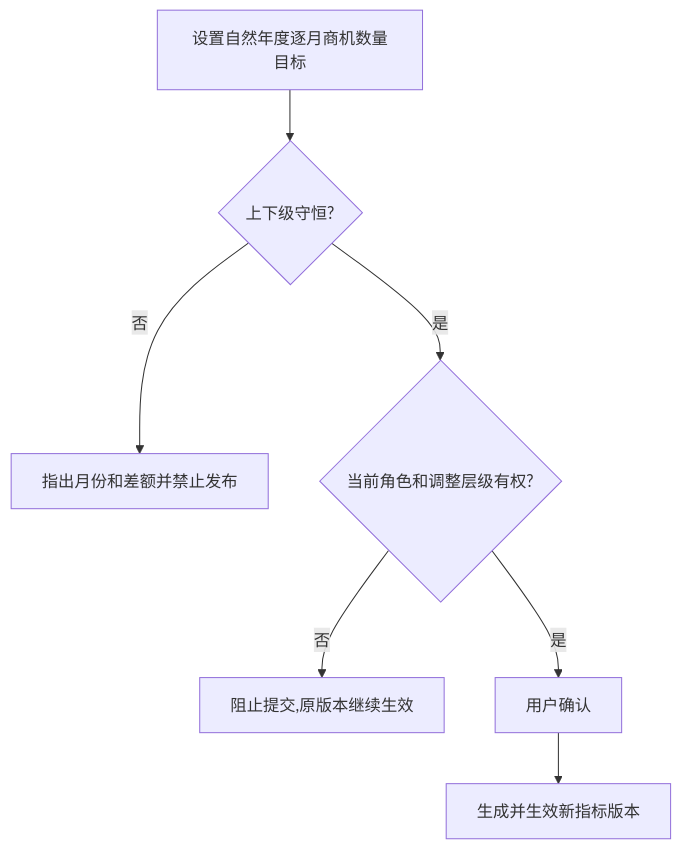
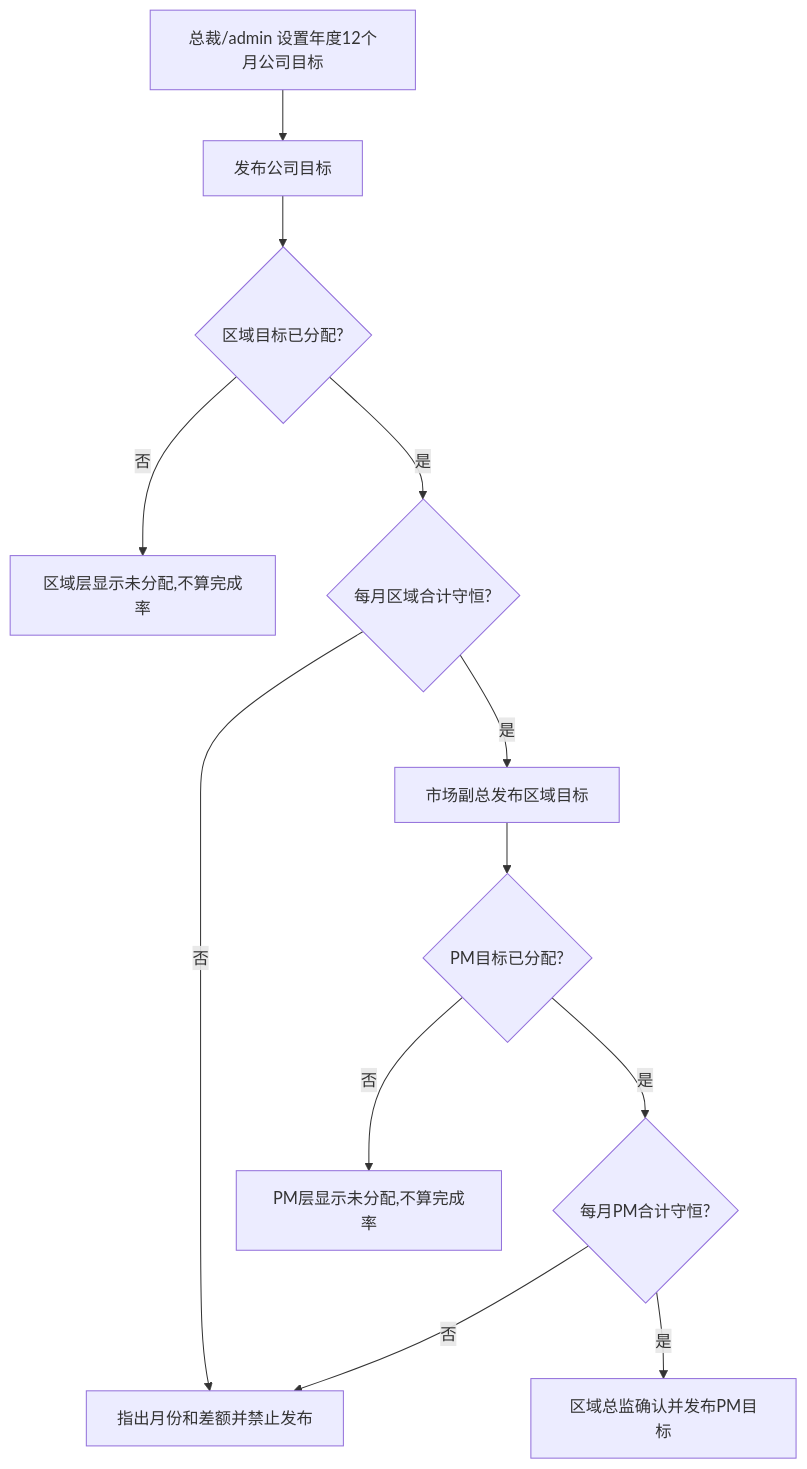
One commit to Joker-1030/Yingjia-Internal-Management-System changed the first of 4 diagrams in prd-workspace/current/user-flows/FLOW-17-M12-sales-opportunity.md. Above: the diagram before and after it, drawn with Mermaid. The commit also changed other lines of this file and 83 other files, not shown here.

````diff
--- a/prd-workspace/current/user-flows/FLOW-17-M12-sales-opportunity.md
+++ b/prd-workspace/current/user-flows/FLOW-17-M12-sales-opportunity.md
@@ -9,9 +9,14 @@
 ```mermaid
 flowchart TD
-    A[设置自然年度逐月商机数量目标] --> B{上下级守恒?}
-    B -- 否 --> C[指出月份和差额并禁止发布]
-    B -- 是 --> D{当前角色和调整层级有权?}
-    D -- 否 --> H[阻止提交,原版本继续生效]
-    D -- 是 --> F[用户确认]
-    F --> E[生成并生效新指标版本]
+    A[总裁/admin 设置年度12个月公司目标] --> B[发布公司目标]
+    B --> C{区域目标已分配?}
+    C -- 否 --> D[区域层显示未分配,不算完成率]
+    C -- 是 --> E{每月区域合计守恒?}
+    E -- 否 --> F[指出月份和差额并禁止发布]
+    E -- 是 --> G[市场副总发布区域目标]
+    G --> H{PM目标已分配?}
+    H -- 否 --> I[PM层显示未分配,不算完成率]
+    H -- 是 --> J{每月PM合计守恒?}
+    J -- 否 --> F
+    J -- 是 --> K[区域总监确认并发布PM目标]
 ```
````
